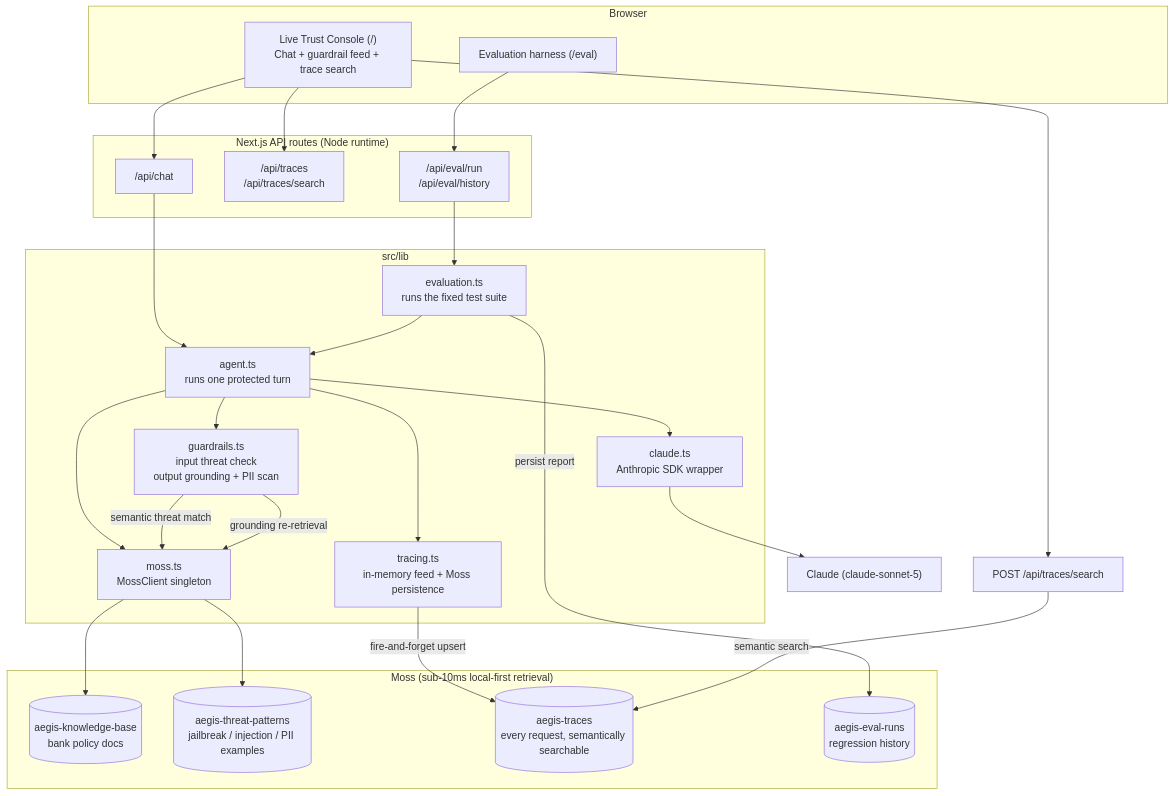
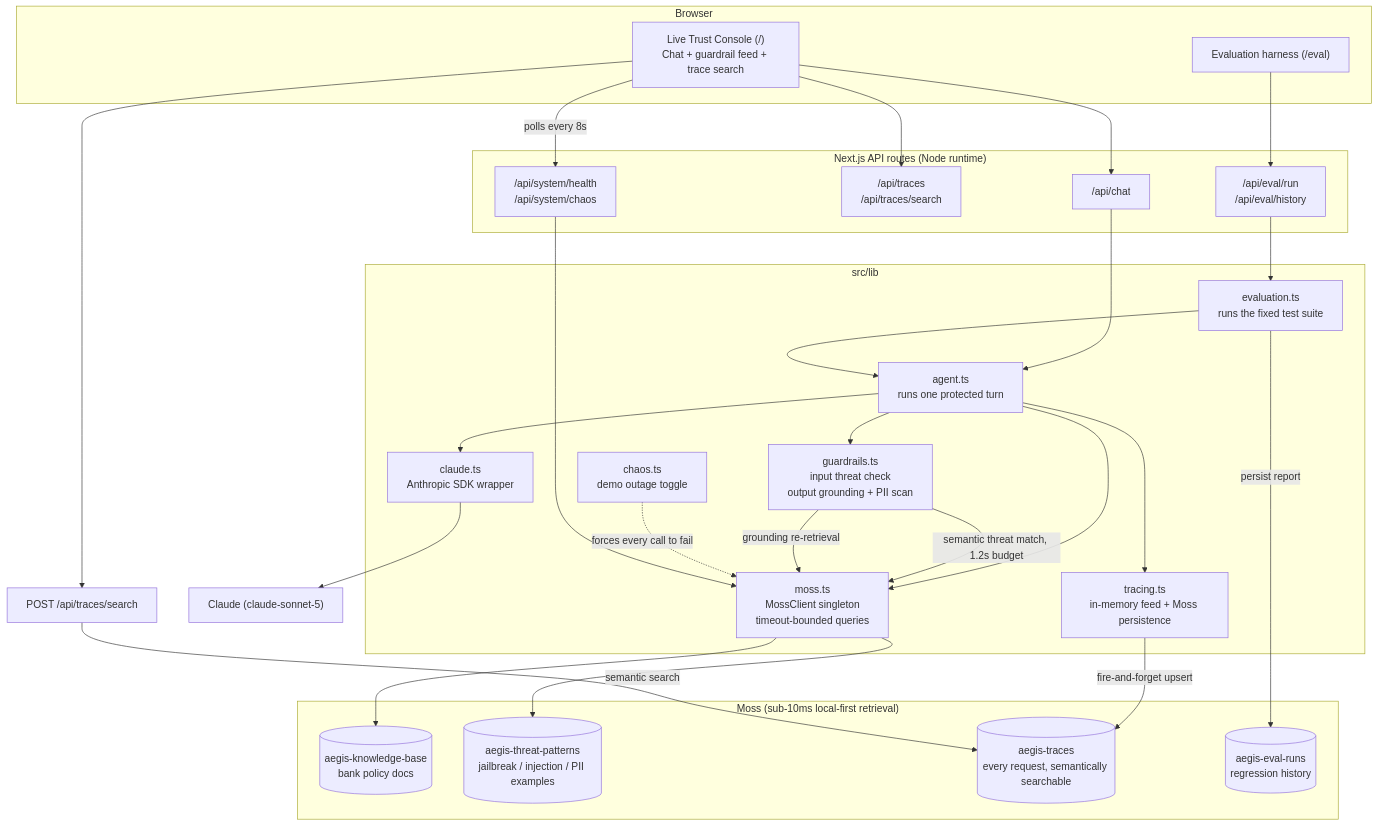
The first of 2 diagrams in ARCHITECTURE.md (SyedMaaz786/yc-moss-aegis), drawn with Mermaid before and after one commit. The commit also changed other lines of this file and 15 other files, not shown here.

First line of the commit message:
Add live Moss health banner, chaos toggle, bounded query timeouts, and CI

````diff
--- a/ARCHITECTURE.md
+++ b/ARCHITECTURE.md
@@ -10,50 +10,55 @@
 ```mermaid
 flowchart TB
     subgraph Client["Browser"]
         UI["Live Trust Console (/)\nChat + guardrail feed + trace search"]
         EvalUI["Evaluation harness (/eval)"]
     end
 
     subgraph Server["Next.js API routes (Node runtime)"]
         Chat["/api/chat"]
         Traces["/api/traces\n/api/traces/search"]
         EvalRun["/api/eval/run\n/api/eval/history"]
+        Health["/api/system/health\n/api/system/chaos"]
     end
 
     subgraph Lib["src/lib"]
         Agent["agent.ts\nruns one protected turn"]
         Guardrails["guardrails.ts\ninput threat check\noutput grounding + PII scan"]
         Tracing["tracing.ts\nin-memory feed + Moss persistence"]
         Evaluation["evaluation.ts\nruns the fixed test suite"]
         Claude["claude.ts\nAnthropic SDK wrapper"]
-        Moss["moss.ts\nMossClient singleton"]
+        Moss["moss.ts\nMossClient singleton\ntimeout-bounded queries"]
+        Chaos["chaos.ts\ndemo outage toggle"]
     end
 
     subgraph MossCloud["Moss (sub-10ms local-first retrieval)"]
         KB[("aegis-knowledge-base\nbank policy docs")]
         Threats[("aegis-threat-patterns\njailbreak / injection / PII examples")]
         TracesIdx[("aegis-traces\nevery request, semantically searchable")]
         EvalIdx[("aegis-eval-runs\nregression history")]
     end
 
     Anthropic["Claude (claude-sonnet-5)"]
 
     UI --> Chat --> Agent
     UI --> Traces
-    UI --> Traces2["POST /api/traces/search"] 
+    UI --> Traces2["POST /api/traces/search"]
+    UI -->|polls every 8s| Health
     EvalUI --> EvalRun --> Evaluation --> Agent
 
     Agent --> Guardrails
     Agent --> Moss
     Agent --> Claude --> Anthropic
     Agent --> Tracing
 
-    Guardrails -->|semantic threat match| Moss
+    Guardrails -->|semantic threat match, 1.2s budget| Moss
     Guardrails -->|grounding re-retrieval| Moss
     Moss --> KB
     Moss --> Threats
+    Chaos -.->|forces every call to fail| Moss
+    Health --> Moss
 
     Tracing -->|fire-and-forget upsert| TracesIdx
     Evaluation -->|persist report| EvalIdx
     Traces2 -->|semantic search| TracesIdx
 ```
````
